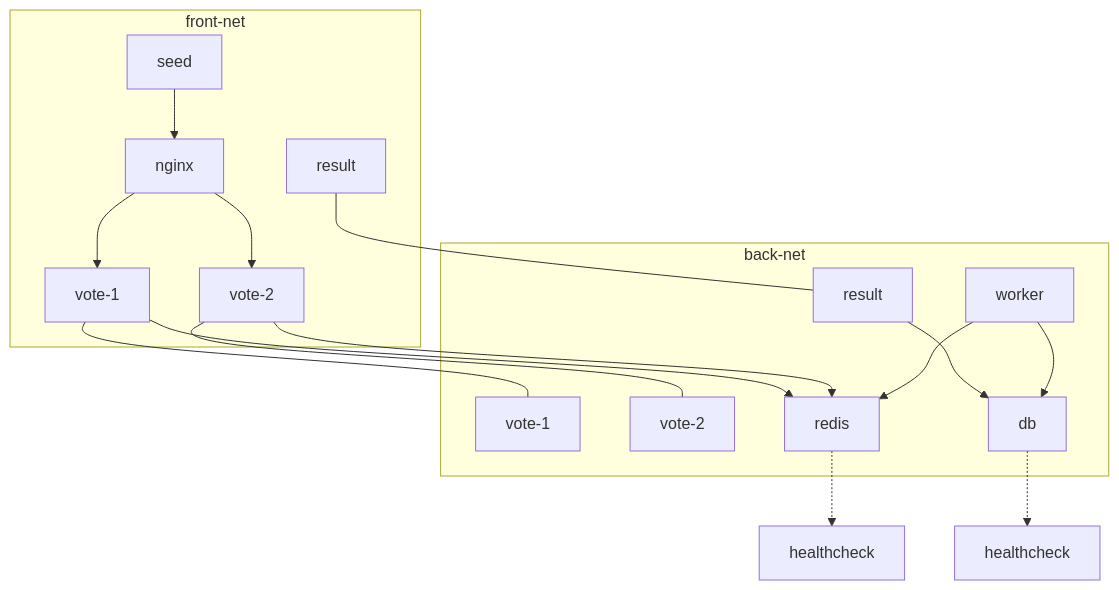
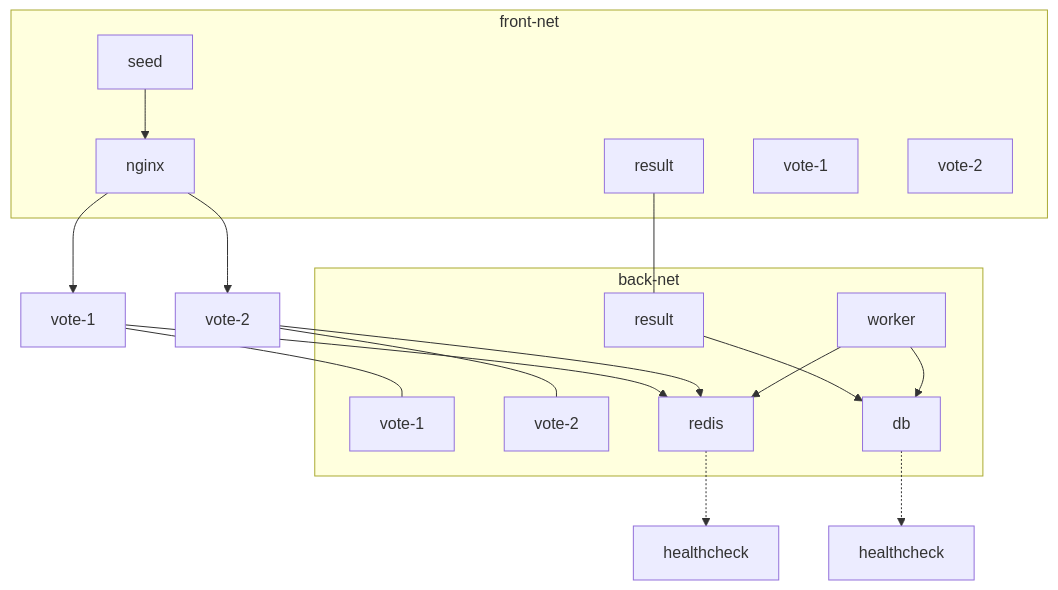
The diagram in tp_docker/README.md (CLEMREP/devops_tp), drawn with Mermaid before and after one commit. The commit also changed 12 other files, not shown here.

````diff
--- a/tp_docker/README.md
+++ b/tp_docker/README.md
@@ -3,38 +3,37 @@
 ```mermaid
 graph TD
   subgraph front-net
     seed[seed]
     result_front[result]
     nginx[nginx]
     vote1[vote-1]
     vote2[vote-2]
   end
 
   subgraph back-net
     result_back[result]
     vote1_back[vote-1]
     vote2_back[vote-2]
     worker[worker]
     redis[redis]
     db[db]
   end
 
   seed --> nginx
-  nginx --> vote1
-  nginx --> vote2
-
-  vote1 --> redis
-  vote2 --> redis
-
+  nginx --> vote-1
+  nginx --> vote-2
+  
+  vote-1 --> redis
+  vote-2 --> redis
+  
   result_back --> db
   worker --> redis
   worker --> db
 
   redis -.-> redisHealth[healthcheck]
   db -.-> dbHealth[healthcheck]
 
-  %% Map dual-network services
   result_front --- result_back
-  vote1 --- vote1_back
-  vote2 --- vote2_back
+  vote-1 --- vote1_back
+  vote-2 --- vote2_back
 ```
````
